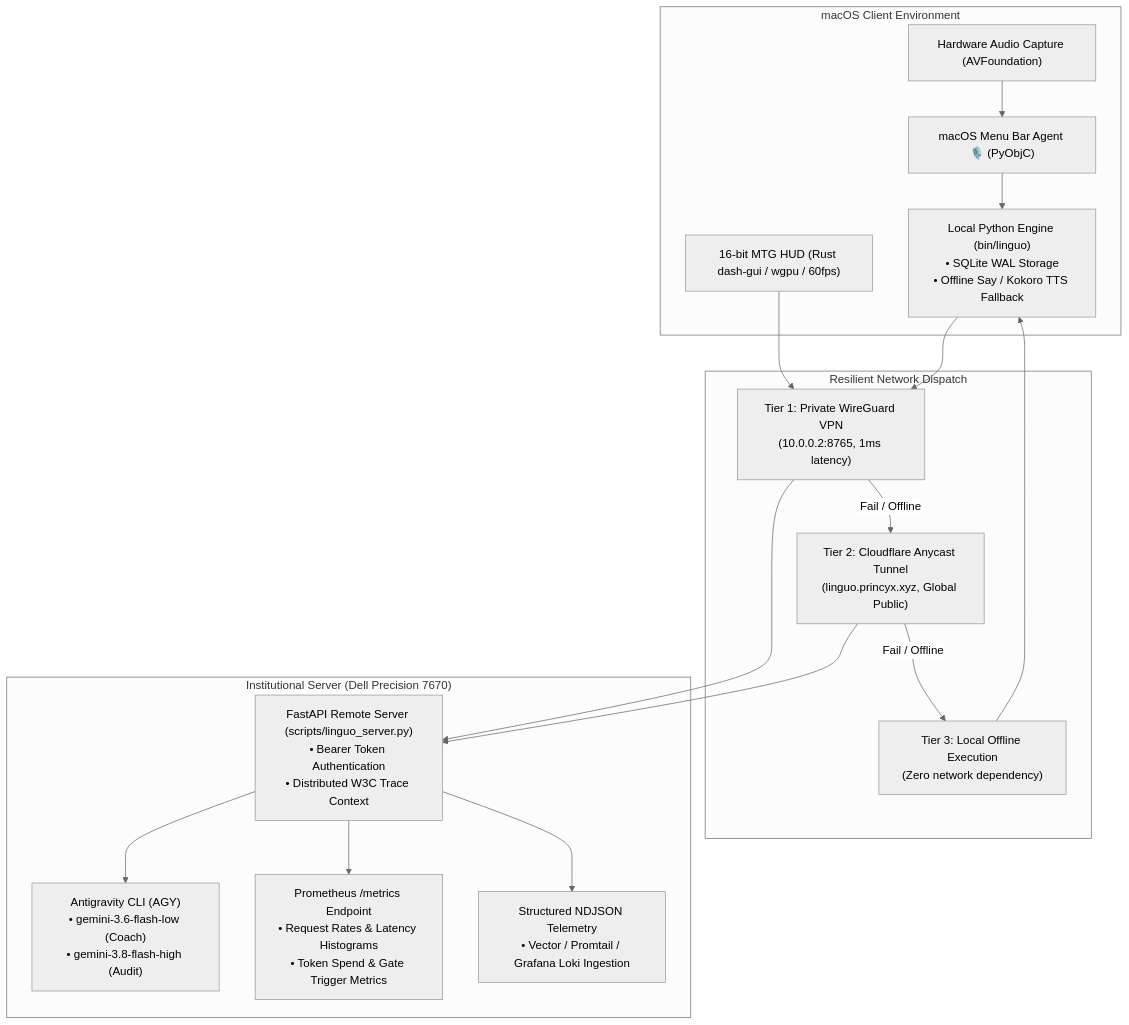
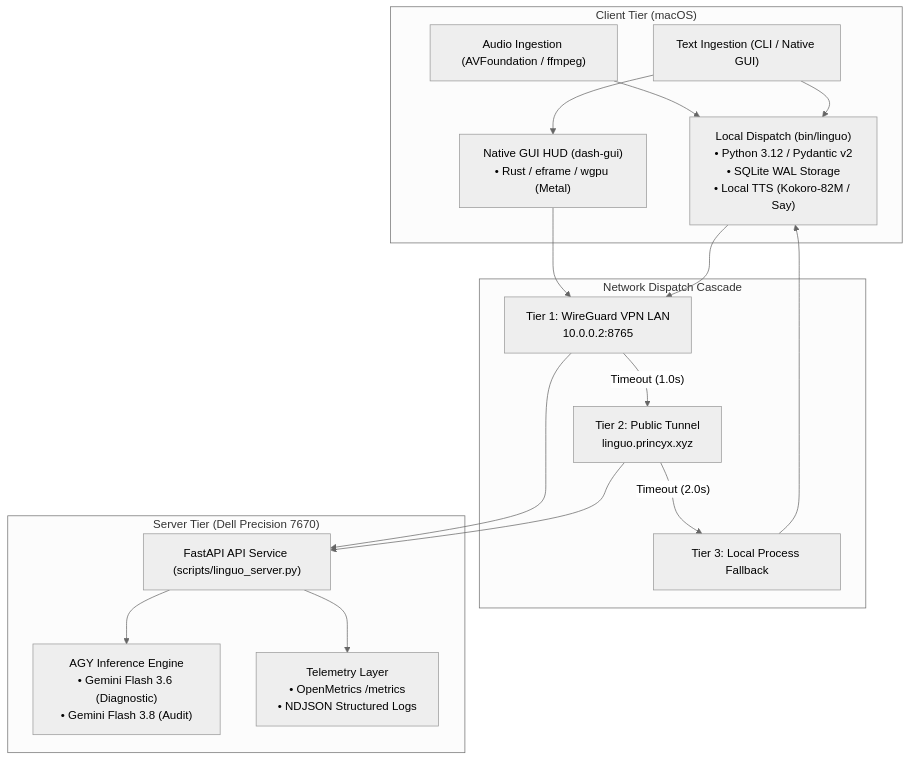
One commit to gptprojectmanager/linguo changed the first of 3 diagrams in README.md. Above: the diagram before and after it, drawn with Mermaid (neutral theme). The commit also changed other lines of this file, not shown here.

````diff
--- a/README.md
+++ b/README.md
@@ -189,35 +46,34 @@
 ```mermaid
 flowchart TD
-    subgraph Client["macOS Client Environment"]
-        Mic["Hardware Audio Capture (AVFoundation)"]
-        MenuAgent["macOS Menu Bar Agent 🎙️ (PyObjC)"]
-        MetalGUI["16-bit MTG HUD (Rust dash-gui / wgpu / 60fps)"]
-        LocalPy["Local Python Engine (bin/linguo)<br/>• SQLite WAL Storage<br/>• Offline Say / Kokoro TTS Fallback"]
+    subgraph ClientTier["Client Tier (macOS)"]
+        AudioIn["Audio Ingestion (AVFoundation / ffmpeg)"]
+        TextIn["Text Ingestion (CLI / Native GUI)"]
+        LocalEngine["Local Dispatch (bin/linguo)<br/>• Python 3.12 / Pydantic v2<br/>• SQLite WAL Storage<br/>• Local TTS (Kokoro-82M / Say)"]
+        NativeHUD["Native GUI HUD (dash-gui)<br/>• Rust / eframe / wgpu (Metal)"]
     end
 
-    subgraph Network["Resilient Network Dispatch"]
-        Tier1["Tier 1: Private WireGuard VPN<br/>(10.0.0.2:8765, 1ms latency)"]
-        Tier2["Tier 2: Cloudflare Anycast Tunnel<br/>(linguo.princyx.xyz, Global Public)"]
-        Tier3["Tier 3: Local Offline Execution<br/>(Zero network dependency)"]
+    subgraph NetworkTier["Network Dispatch Cascade"]
+        WG["Tier 1: WireGuard VPN LAN<br/>10.0.0.2:8765"]
+        CF["Tier 2: Public Tunnel<br/>linguo.princyx.xyz"]
+        Local["Tier 3: Local Process Fallback"]
     end
 
-    subgraph Server["Institutional Server (Dell Precision 7670)"]
-        API["FastAPI Remote Server (scripts/linguo_server.py)<br/>• Bearer Token Authentication<br/>• Distributed W3C Trace Context"]
-        AGY["Antigravity CLI (AGY)<br/>• gemini-3.6-flash-low (Coach)<br/>• gemini-3.8-flash-high (Audit)"]
-        Prometheus["Prometheus /metrics Endpoint<br/>• Request Rates & Latency Histograms<br/>• Token Spend & Gate Trigger Metrics"]
-        Loki["Structured NDJSON Telemetry<br/>• Vector / Promtail / Grafana Loki Ingestion"]
+    subgraph ServerTier["Server Tier (Dell Precision 7670)"]
+        FastAPI["FastAPI API Service (scripts/linguo_server.py)"]
+        Inference["AGY Inference Engine<br/>• Gemini Flash 3.6 (Diagnostic)<br/>• Gemini Flash 3.8 (Audit)"]
+        Metrics["Telemetry Layer<br/>• OpenMetrics /metrics<br/>• NDJSON Structured Logs"]
     end
 
-    Mic --> MenuAgent
-    MenuAgent --> LocalPy
-    MetalGUI --> Tier1
-    LocalPy --> Tier1
-    Tier1 -- "Fail / Offline" --> Tier2
-    Tier2 -- "Fail / Offline" --> Tier3
-    Tier1 --> API
-    Tier2 --> API
-    API --> AGY
-    API --> Prometheus
-    API --> Loki
-    Tier3 --> LocalPy
+    AudioIn --> LocalEngine
+    TextIn --> LocalEngine
+    TextIn --> NativeHUD
+    NativeHUD --> WG
+    LocalEngine --> WG
+    WG -- "Timeout (1.0s)" --> CF
+    CF -- "Timeout (2.0s)" --> Local
+    WG --> FastAPI
+    CF --> FastAPI
+    Local --> LocalEngine
+    FastAPI --> Inference
+    FastAPI --> Metrics
 ```
````
